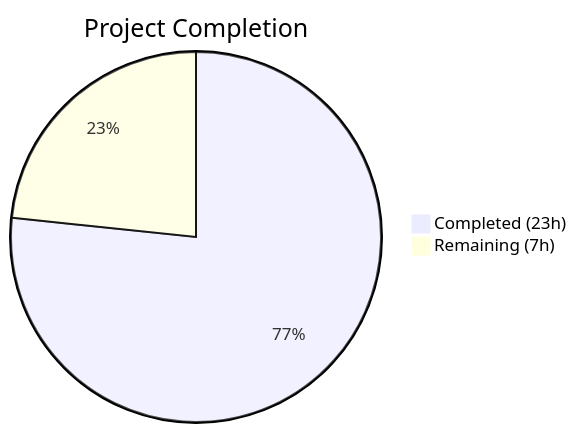
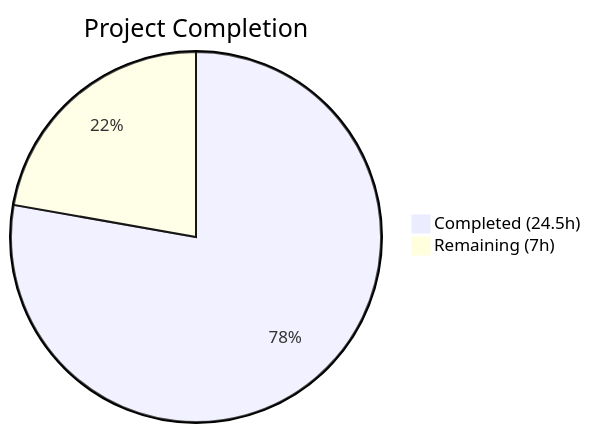
One commit to Blitzy-Sandbox/blitzy-cal changed the first of 2 diagrams in blitzy/documentation/Project Guide.md. Above: the diagram before and after it, drawn with Mermaid. The commit also changed other lines of this file, not shown here.

````diff
--- a/blitzy/documentation/Project Guide.md
+++ b/blitzy/documentation/Project Guide.md
@@ -11,5 +13,5 @@
 ```mermaid
 pie title Project Completion
-    "Completed (23h)" : 23
+    "Completed (24.5h)" : 24.5
     "Remaining (7h)" : 7
 ```
````
